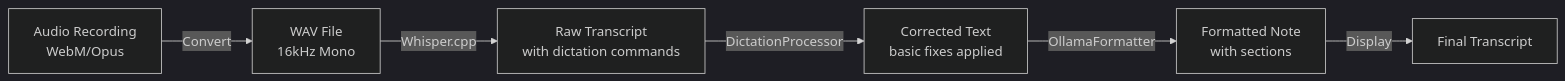
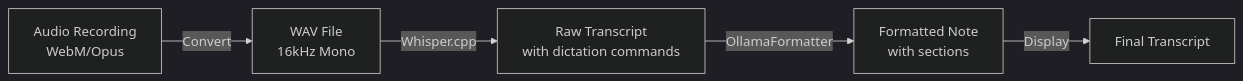
One commit to marchatton/doctor-dictate changed the sixth of 8 diagrams in docs/design/system-architecture.md. Above: the diagram before and after it, drawn with Mermaid (dark theme). The commit also changed other lines of this file and 5 other files, not shown here.

First line of the commit message:
refactor: Simplify architecture by removing medical-formatter layer

````diff
--- a/docs/design/system-architecture.md
+++ b/docs/design/system-architecture.md
@@ -187,8 +180,7 @@
 ```mermaid
 flowchart LR
     A[Audio Recording<br/>WebM/Opus] -->|Convert| B[WAV File<br/>16kHz Mono]
     B -->|Whisper.cpp| C[Raw Transcript<br/>with dictation commands]
-    C -->|DictationProcessor| D[Corrected Text<br/>basic fixes applied]
-    D -->|OllamaFormatter| E[Formatted Note<br/>with sections]
-    E -->|Display| F[Final Transcript]
+    C -->|OllamaFormatter| D[Formatted Note<br/>with sections]
+    D -->|Display| E[Final Transcript]
 ```
````
